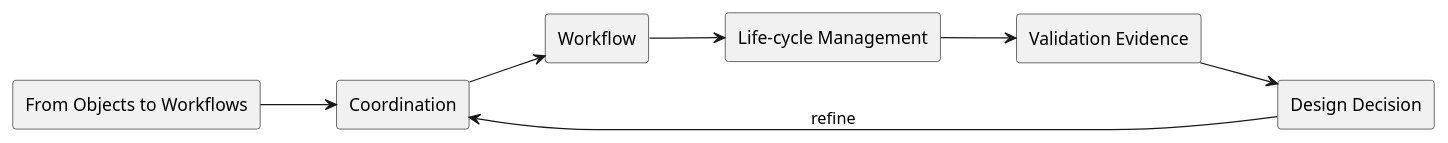
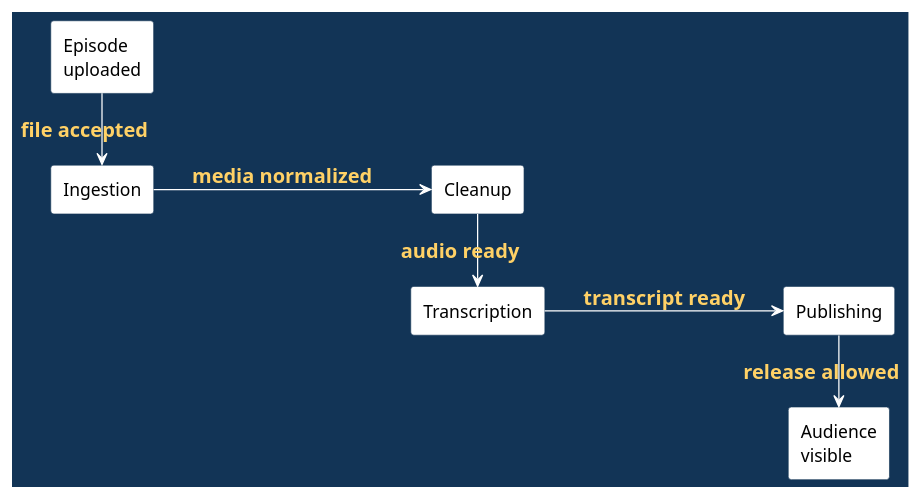
The third of 14 diagrams in doc/lectures/week5/objects_to_workflows/README.slides.adoc (madajaju/CS5254), drawn with PlantUML before and after one commit. The commit also changed other lines of this file and 62 other files, not shown here.

```diff
--- a/doc/lectures/week5/objects_to_workflows/README.slides.adoc
+++ b/doc/lectures/week5/objects_to_workflows/README.slides.adoc
@@ -69,22 +96,31 @@
-[plantuml, target=architecture, format=svg, width=80%]
+[plantuml, production-pipeline, svg, width=100%]
 ----
 @startuml
-skinparam monochrome true
+skinparam BackgroundColor #123456
+skinparam DefaultFontColor white
+skinparam ArrowColor white
+skinparam ArrowFontColor #ffd166
+skinparam ArrowFontStyle bold
+skinparam ArrowFontSize 16
 skinparam shadowing false
+skinparam rectangle {
+  BackgroundColor white
+  FontColor black
+  BorderColor #123456
+}
 left to right direction
 
-rectangle "From Objects to Workflows" as Topic
-rectangle "Coordination" as A
-rectangle "Workflow" as B
-rectangle "Life-cycle Management" as C
-rectangle "Validation Evidence" as V
-rectangle "Design Decision" as D
+rectangle "Episode\nuploaded" as U
+rectangle "Ingestion" as I
+rectangle "Cleanup" as C
+rectangle "Transcription" as T
+rectangle "Publishing" as P
+rectangle "Audience\nvisible" as V
 
-Topic --> A
-A --> B
-B --> C
-C --> V
-V --> D
-D --> A : refine
+U -> I : file accepted
+I --> C : media normalized
+C -> T : audio ready
+T --> P : transcript ready
+P -> V : release allowed
 @enduml
 ----
```
